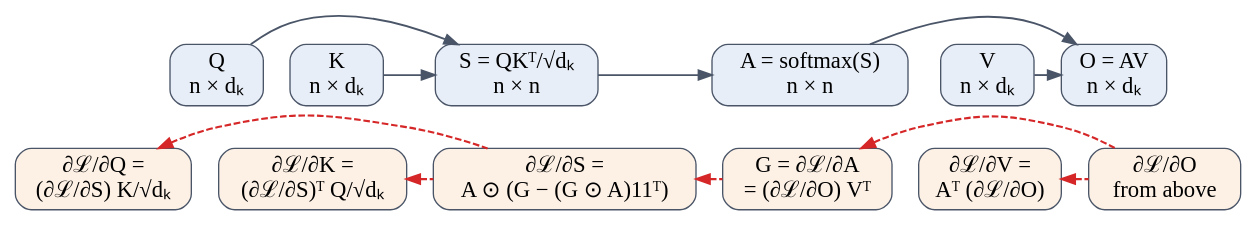
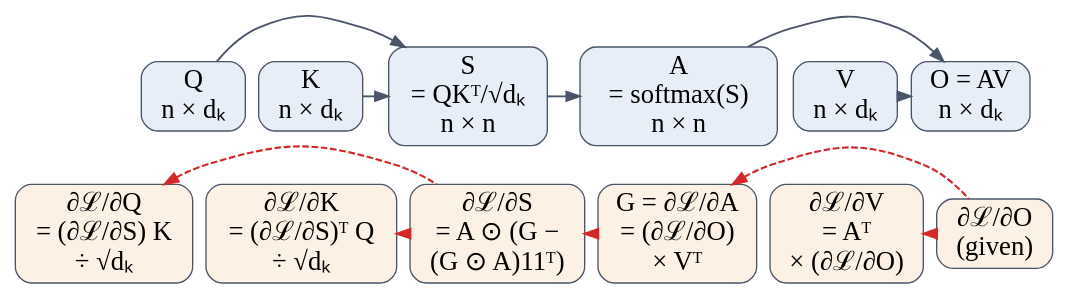
Before and after one commit to Beaker12/llmatlas: the diagram in chapters/02-mathematics/figures/attention-graph.dot, drawn with Graphviz. The commit also changed 8 other files, not shown here.

```diff
--- a/chapters/02-mathematics/figures/attention-graph.dot
+++ b/chapters/02-mathematics/figures/attention-graph.dot
@@ -1,47 +1,48 @@
 // Scaled dot-product attention as a computation graph. Rendered with rankdir TB.
 // Top row: the forward values with their shapes, left to right. Bottom row: the backward pass as its mirror; each
 // vector-Jacobian product sits directly below the forward quantity it is the gradient of, and its arrows run right
 // to left (written left to right with dir=back so that both rows keep one column order).
+// Labels are short and broken over three lines so that the graph stays narrow and its text legible at page width.
 // Attributes are set per node and per edge because the renderer's theme replaces the defaults.
 digraph attention_graph {
-  graph [fontname="DejaVu Sans", nodesep=0.28, ranksep=0.45, newrank=true];
+  graph [fontname="DejaVu Sans", nodesep=0.14, ranksep=0.4, newrank=true];
 
-  Q  [label="Q\nn × dₖ", fontsize=17, shape=box, style="rounded,filled", color="#4a5568", fillcolor="#e8eef7"];
-  K  [label="K\nn × dₖ", fontsize=17, shape=box, style="rounded,filled", color="#4a5568", fillcolor="#e8eef7"];
-  S  [label="S = QKᵀ/√dₖ\nn × n", fontsize=17, shape=box, style="rounded,filled", color="#4a5568", fillcolor="#e8eef7"];
-  A  [label="A = softmax(S)\nn × n", fontsize=17, shape=box, style="rounded,filled", color="#4a5568", fillcolor="#e8eef7"];
-  V  [label="V\nn × dₖ", fontsize=17, shape=box, style="rounded,filled", color="#4a5568", fillcolor="#e8eef7"];
-  O  [label="O = AV\nn × dₖ", fontsize=17, shape=box, style="rounded,filled", color="#4a5568", fillcolor="#e8eef7"];
+  Q  [label="Q\nn × dₖ", fontsize=20, shape=box, style="rounded,filled", color="#4a5568", fillcolor="#e8eef7"];
+  K  [label="K\nn × dₖ", fontsize=20, shape=box, style="rounded,filled", color="#4a5568", fillcolor="#e8eef7"];
+  S  [label="S\n= QKᵀ/√dₖ\nn × n", fontsize=20, shape=box, style="rounded,filled", color="#4a5568", fillcolor="#e8eef7"];
+  A  [label="A\n= softmax(S)\nn × n", fontsize=20, shape=box, style="rounded,filled", color="#4a5568", fillcolor="#e8eef7"];
+  V  [label="V\nn × dₖ", fontsize=20, shape=box, style="rounded,filled", color="#4a5568", fillcolor="#e8eef7"];
+  O  [label="O = AV\nn × dₖ", fontsize=20, shape=box, style="rounded,filled", color="#4a5568", fillcolor="#e8eef7"];
 
-  dQ [label="∂ℒ/∂Q =\n(∂ℒ/∂S) K/√dₖ", fontsize=17, shape=box, style="rounded,filled", color="#4a5568", fillcolor="#fdf1e6"];
-  dK [label="∂ℒ/∂K =\n(∂ℒ/∂S)ᵀ Q/√dₖ", fontsize=17, shape=box, style="rounded,filled", color="#4a5568", fillcolor="#fdf1e6"];
-  dS [label="∂ℒ/∂S =\nA ⊙ (G − (G ⊙ A)11ᵀ)", fontsize=17, shape=box, style="rounded,filled", color="#4a5568", fillcolor="#fdf1e6"];
-  G  [label="G = ∂ℒ/∂A\n= (∂ℒ/∂O) Vᵀ", fontsize=17, shape=box, style="rounded,filled", color="#4a5568", fillcolor="#fdf1e6"];
-  dV [label="∂ℒ/∂V =\nAᵀ (∂ℒ/∂O)", fontsize=17, shape=box, style="rounded,filled", color="#4a5568", fillcolor="#fdf1e6"];
-  dO [label="∂ℒ/∂O\nfrom above", fontsize=17, shape=box, style="rounded,filled", color="#4a5568", fillcolor="#fdf1e6"];
+  dQ [label="∂ℒ/∂Q\n= (∂ℒ/∂S) K\n÷ √dₖ", fontsize=20, shape=box, style="rounded,filled", color="#4a5568", fillcolor="#fdf1e6"];
+  dK [label="∂ℒ/∂K\n= (∂ℒ/∂S)ᵀ Q\n÷ √dₖ", fontsize=20, shape=box, style="rounded,filled", color="#4a5568", fillcolor="#fdf1e6"];
+  dS [label="∂ℒ/∂S\n= A ⊙ (G −\n(G ⊙ A)11ᵀ)", fontsize=20, shape=box, style="rounded,filled", color="#4a5568", fillcolor="#fdf1e6"];
+  G  [label="G = ∂ℒ/∂A\n= (∂ℒ/∂O)\n× Vᵀ", fontsize=20, shape=box, style="rounded,filled", color="#4a5568", fillcolor="#fdf1e6"];
+  dV [label="∂ℒ/∂V\n= Aᵀ\n× (∂ℒ/∂O)", fontsize=20, shape=box, style="rounded,filled", color="#4a5568", fillcolor="#fdf1e6"];
+  dO [label="∂ℒ/∂O\n(given)", fontsize=20, shape=box, style="rounded,filled", color="#4a5568", fillcolor="#fdf1e6"];
 
   { rank=same; Q; K; S; A; V; O; }
   { rank=same; dQ; dK; dS; G; dV; dO; }
 
   // forward
   Q -> K [style=invis];
   K -> S [color="#4a5568", penwidth=1.4];
   Q -> S [color="#4a5568", penwidth=1.4];
   S -> A [color="#4a5568", penwidth=1.4];
   A -> V [style=invis];
   V -> O [color="#4a5568", penwidth=1.4];
   A -> O [color="#4a5568", penwidth=1.4];
 
   // backward, right to left
   dQ -> dK [style=invis];
   dK -> dS [dir=back, style=dashed, color="#d62728", penwidth=1.6];
   dQ -> dS [dir=back, style=dashed, color="#d62728", penwidth=1.6];
   dS -> G  [dir=back, style=dashed, color="#d62728", penwidth=1.6];
   G -> dV  [style=invis];
   dV -> dO [dir=back, style=dashed, color="#d62728", penwidth=1.6];
   G -> dO  [dir=back, style=dashed, color="#d62728", penwidth=1.6];
 
   // columns
   Q -> dQ [style=invis]; K -> dK [style=invis]; S -> dS [style=invis];
   A -> G [style=invis]; V -> dV [style=invis]; O -> dO [style=invis];
 }
```
